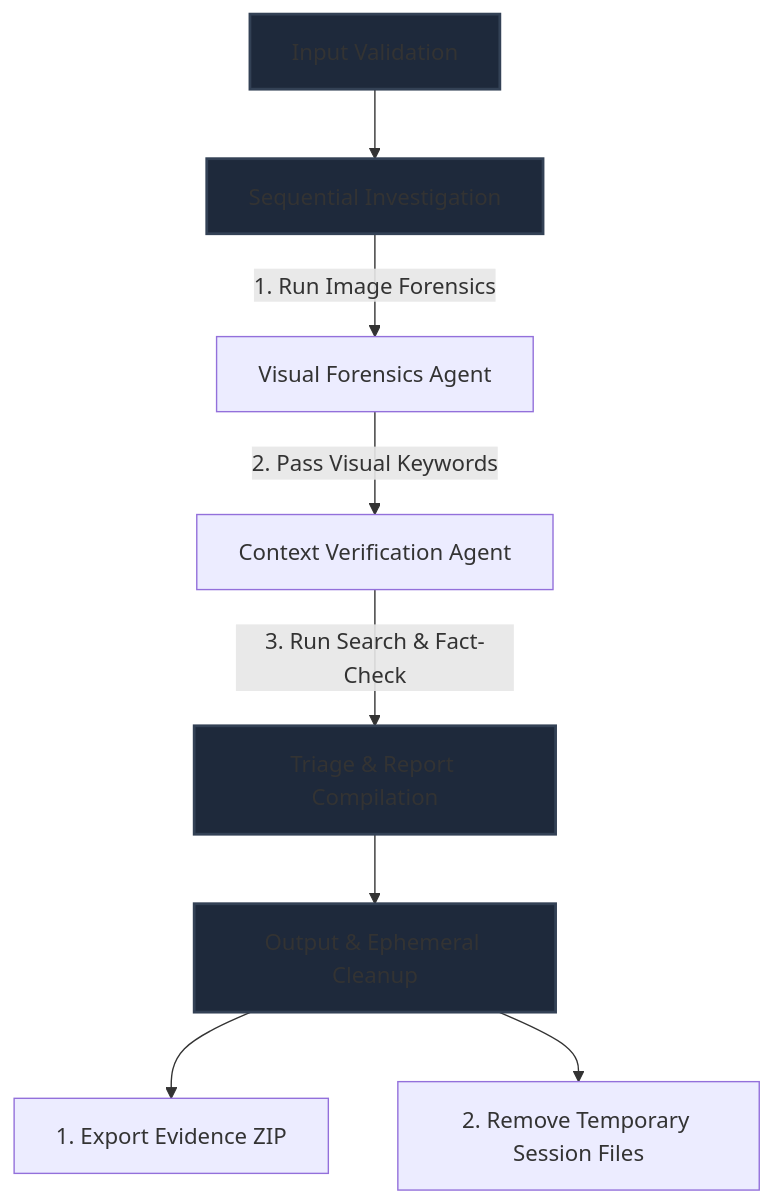
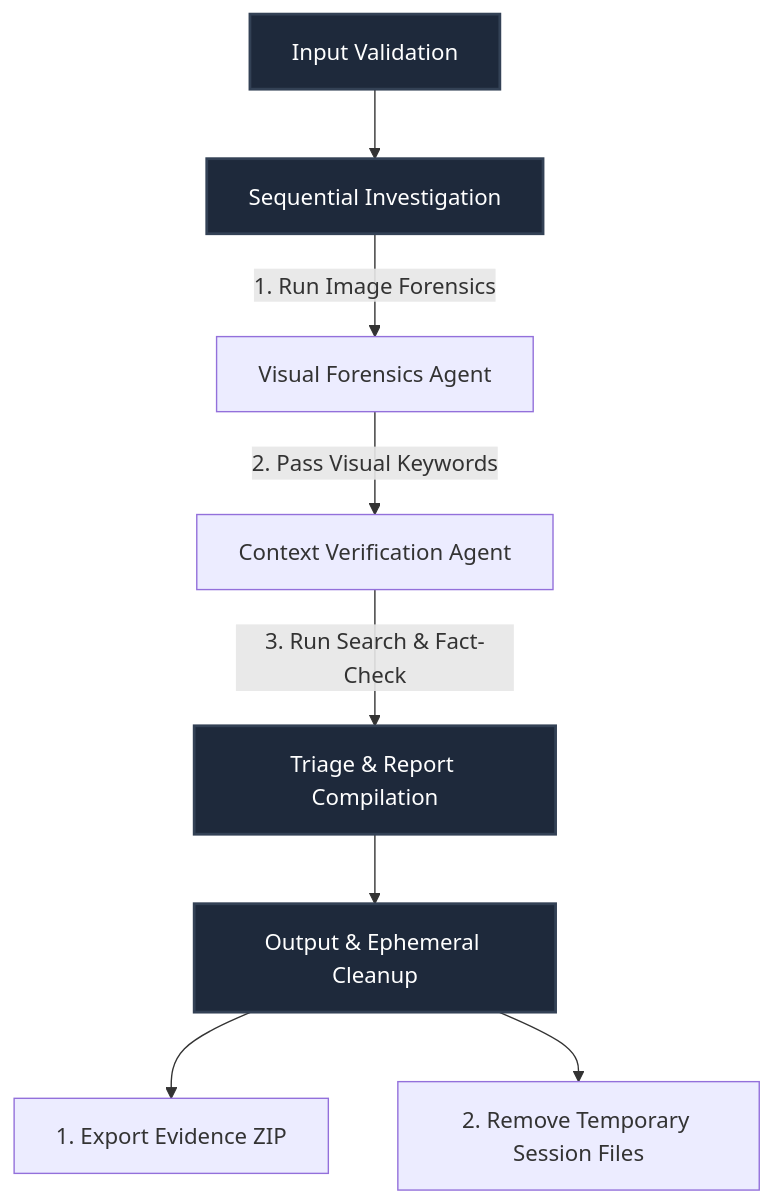
The diagram in README.md (Sridevivaradharajan/Truth-guard-deep-fake-detector), drawn with Mermaid before and after one commit.

Commit message:
Fix text contrast in README Mermaid diagram

````diff
--- a/README.md
+++ b/README.md
@@ -25,15 +25,15 @@
 ```mermaid
 graph TD
     A[Input Validation] --> B[Sequential Investigation]
     B -->|1. Run Image Forensics| B1[Visual Forensics Agent]
     B1 -->|2. Pass Visual Keywords| B2[Context Verification Agent]
     B2 -->|3. Run Search & Fact-Check| C[Triage & Report Compilation]
     C --> D[Output & Ephemeral Cleanup]
     D --> E[1. Export Evidence ZIP]
     D --> F[2. Remove Temporary Session Files]
     
-    style A fill:#1e293b,stroke:#334155,stroke-width:2px;
-    style B fill:#1e293b,stroke:#334155,stroke-width:2px;
-    style C fill:#1e293b,stroke:#334155,stroke-width:2px;
-    style D fill:#1e293b,stroke:#334155,stroke-width:2px;
+    style A fill:#1e293b,stroke:#334155,stroke-width:2px,color:#ffffff;
+    style B fill:#1e293b,stroke:#334155,stroke-width:2px,color:#ffffff;
+    style C fill:#1e293b,stroke:#334155,stroke-width:2px,color:#ffffff;
+    style D fill:#1e293b,stroke:#334155,stroke-width:2px,color:#ffffff;
 ```
````
